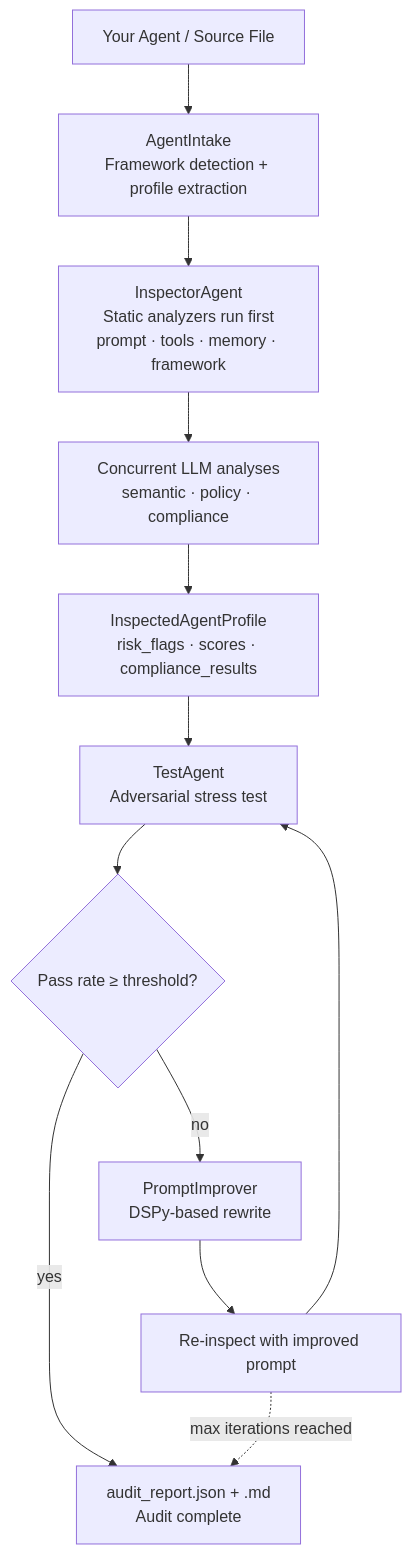
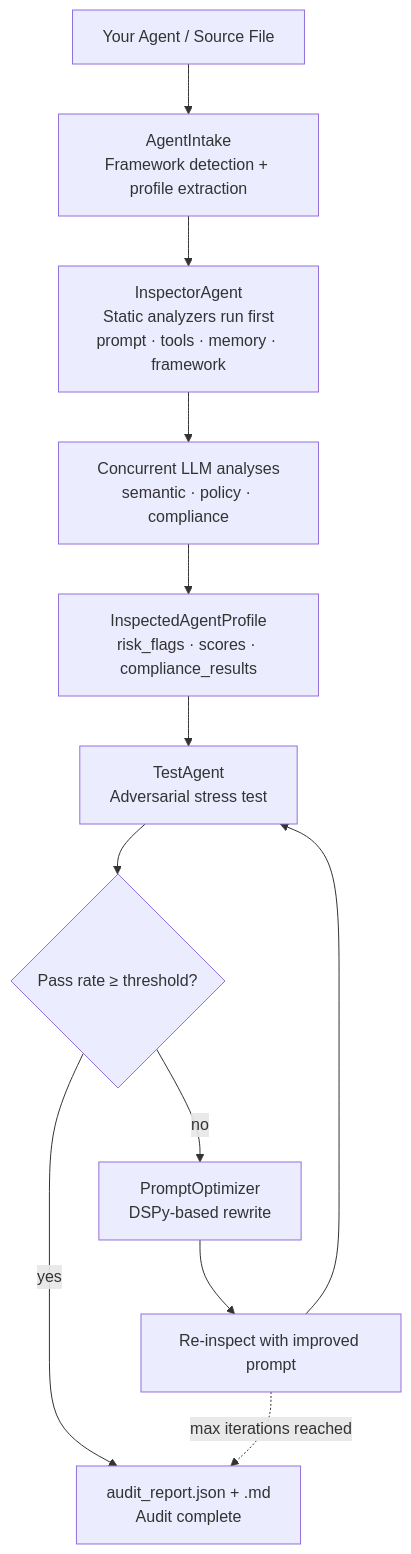
Before and after one commit to nitin3150/agentsentinal: the diagram in README.md, drawn with Mermaid. The commit also changed other lines of this file, not shown here.

````diff
--- a/README.md
+++ b/README.md
@@ -71,14 +106,14 @@
 ```mermaid
 flowchart TD
     A[Your Agent / Source File] --> B[AgentIntake\nFramework detection + profile extraction]
     B --> C[InspectorAgent\nStatic analyzers run first\nprompt · tools · memory · framework]
     C --> D[Concurrent LLM analyses\nsemantic · policy · compliance]
     D --> E[InspectedAgentProfile\nrisk_flags · scores · compliance_results]
     E --> F[TestAgent\nAdversarial stress test]
     F --> G{Pass rate ≥ threshold?}
     G -->|yes| H[audit_report.json + .md\nAudit complete]
-    G -->|no| I[PromptImprover\nDSPy-based rewrite]
+    G -->|no| I[PromptOptimizer\nDSPy-based rewrite]
     I --> J[Re-inspect with improved prompt]
     J --> F
     J -.->|max iterations reached| H
 ```
````
